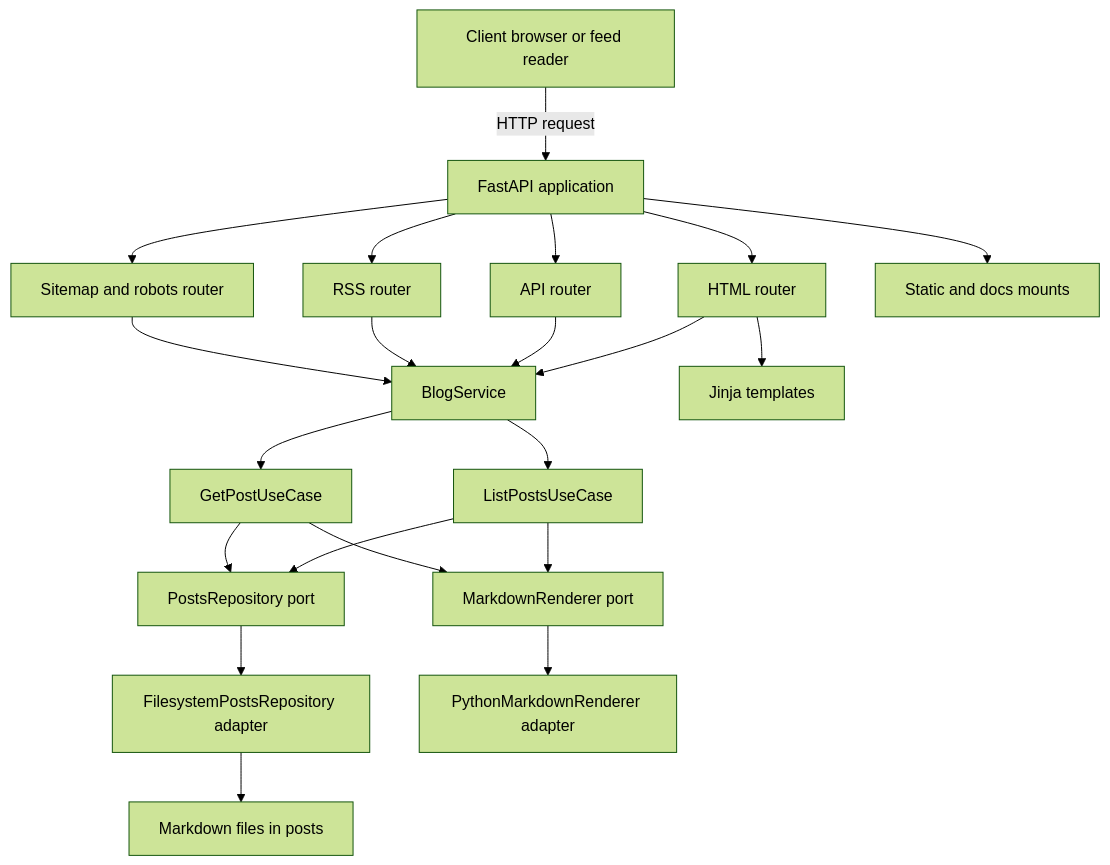
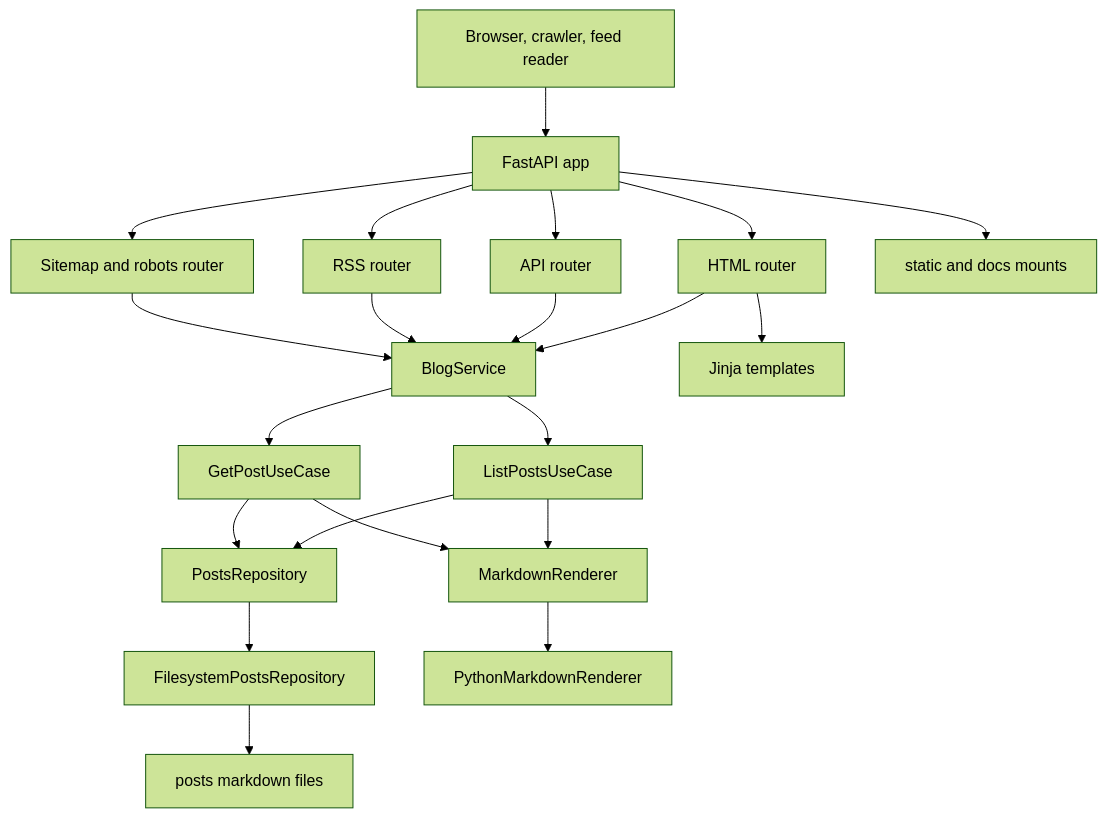
One commit to oernster/crankthecode changed the diagram in ARCHITECTURE.md. Above: the diagram before and after it, drawn with Mermaid (forest theme). The commit also changed other lines of this file and 1 other file, not shown here.

Commit message:
Update governance1.md and ARCHITECTURE.md

````diff
--- a/ARCHITECTURE.md
+++ b/ARCHITECTURE.md
@@ -16,29 +26,29 @@
 ```mermaid
 flowchart TD
-  U[Client browser or feed reader] -->|HTTP request| APP[FastAPI application]
+  U[Browser, crawler, feed reader] --> APP[FastAPI app]
 
   APP --> HTML[HTML router]
   APP --> API[API router]
   APP --> RSS[RSS router]
   APP --> SEO[Sitemap and robots router]
 
   HTML --> SVC[BlogService]
   API --> SVC
   RSS --> SVC
   SEO --> SVC
 
   SVC --> LUC[ListPostsUseCase]
   SVC --> GUC[GetPostUseCase]
 
-  LUC --> REP[PostsRepository port]
+  LUC --> REP[PostsRepository]
   GUC --> REP
-  LUC --> MR[MarkdownRenderer port]
+  LUC --> MR[MarkdownRenderer]
   GUC --> MR
 
-  REP --> FS[FilesystemPostsRepository adapter]
-  MR --> PMR[PythonMarkdownRenderer adapter]
+  REP --> FS[FilesystemPostsRepository]
+  MR --> REND[PythonMarkdownRenderer]
 
-  FS --> MD[Markdown files in posts]
+  FS --> MD[posts markdown files]
   HTML --> TPL[Jinja templates]
-  APP --> STA[Static and docs mounts]
+  APP --> STA[static and docs mounts]
 ```
````
